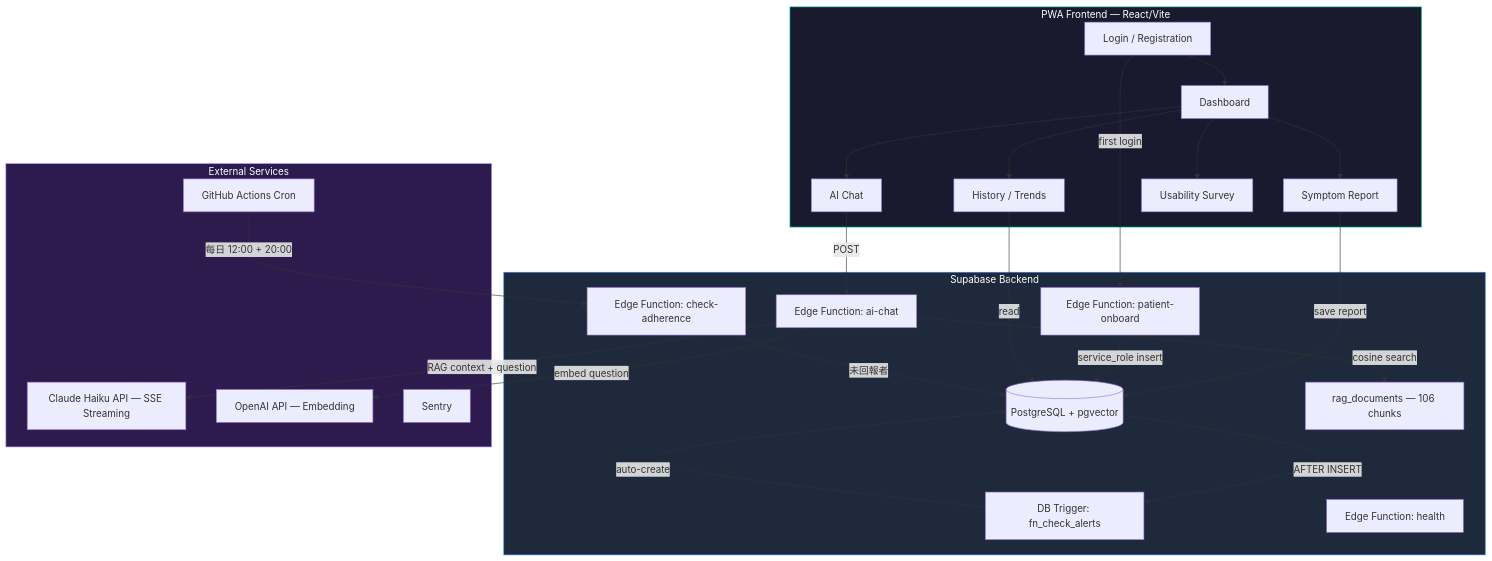
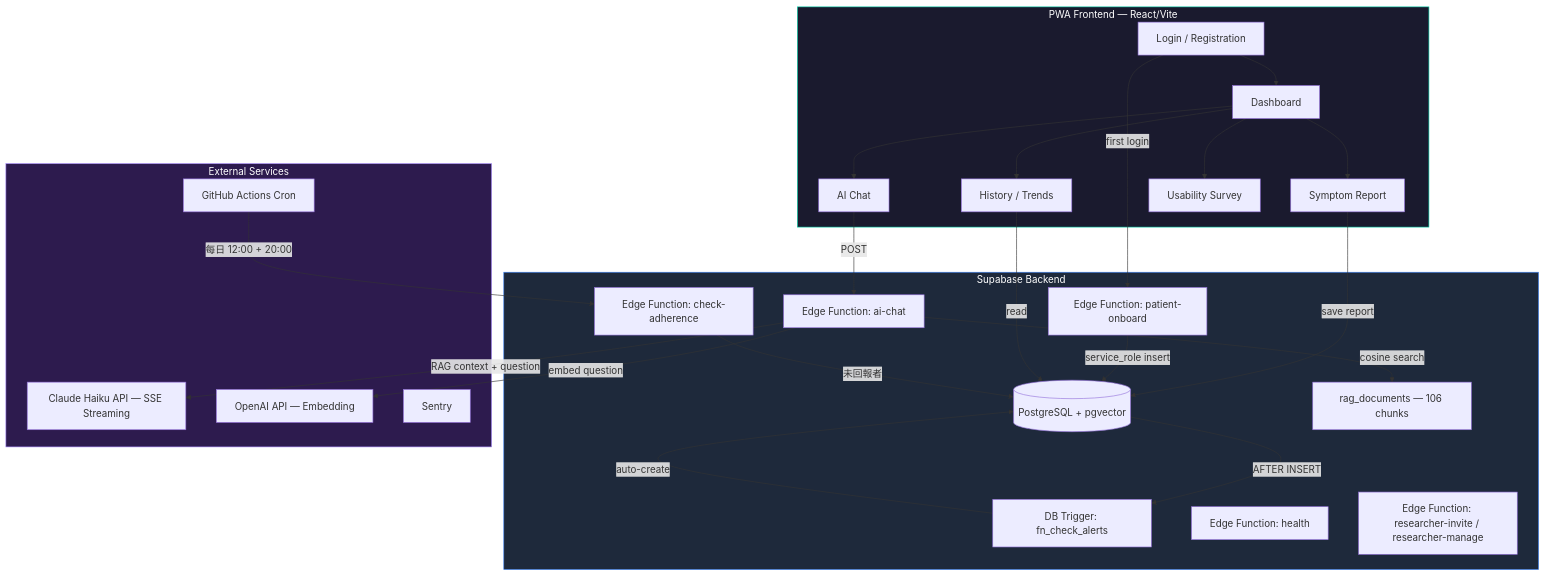
One commit to odafeng/Hemorrhoids_PostOp changed the diagram in README.md. Above: the diagram before and after it, drawn with Mermaid. The commit also changed other lines of this file, not shown here.

````diff
--- a/README.md
+++ b/README.md
@@ -8,44 +8,45 @@
 ```mermaid
 graph TD
   subgraph Client[PWA Frontend — React/Vite]
     A[Login / Registration] --> B[Dashboard]
     B --> C[Symptom Report]
     B --> D[History / Trends]
     B --> E[AI Chat]
     B --> F[Usability Survey]
   end
 
   subgraph Supabase[Supabase Backend]
     G[(PostgreSQL + pgvector)]
     H[Edge Function: ai-chat]
     I[Edge Function: patient-onboard]
     J[DB Trigger: fn_check_alerts]
     L[Edge Function: check-adherence]
     P[Edge Function: health]
+    Q[Edge Function: researcher-invite / researcher-manage]
     R[rag_documents — 106 chunks]
   end
 
   subgraph External[External Services]
     K[Claude Haiku API — SSE Streaming]
     O[OpenAI API — Embedding]
     M[Sentry]
     N[GitHub Actions Cron]
   end
 
   C -- save report --> G
   G -- AFTER INSERT --> J
   J -- auto-create --> G
   E -- POST --> H
   H -- embed question --> O
   H -- cosine search --> R
   H -- RAG context + question --> K
   A -- first login --> I
   I -- service_role insert --> G
   D -- read --> G
   N -- 每日 12:00 + 20:00 --> L
   L -- 未回報者 --> G
 
   style Client fill:#1a1a2e,stroke:#00d4aa,color:#fff
   style Supabase fill:#1e293b,stroke:#3b82f6,color:#fff
   style External fill:#2d1b4e,stroke:#a78bfa,color:#fff
 ```
````
